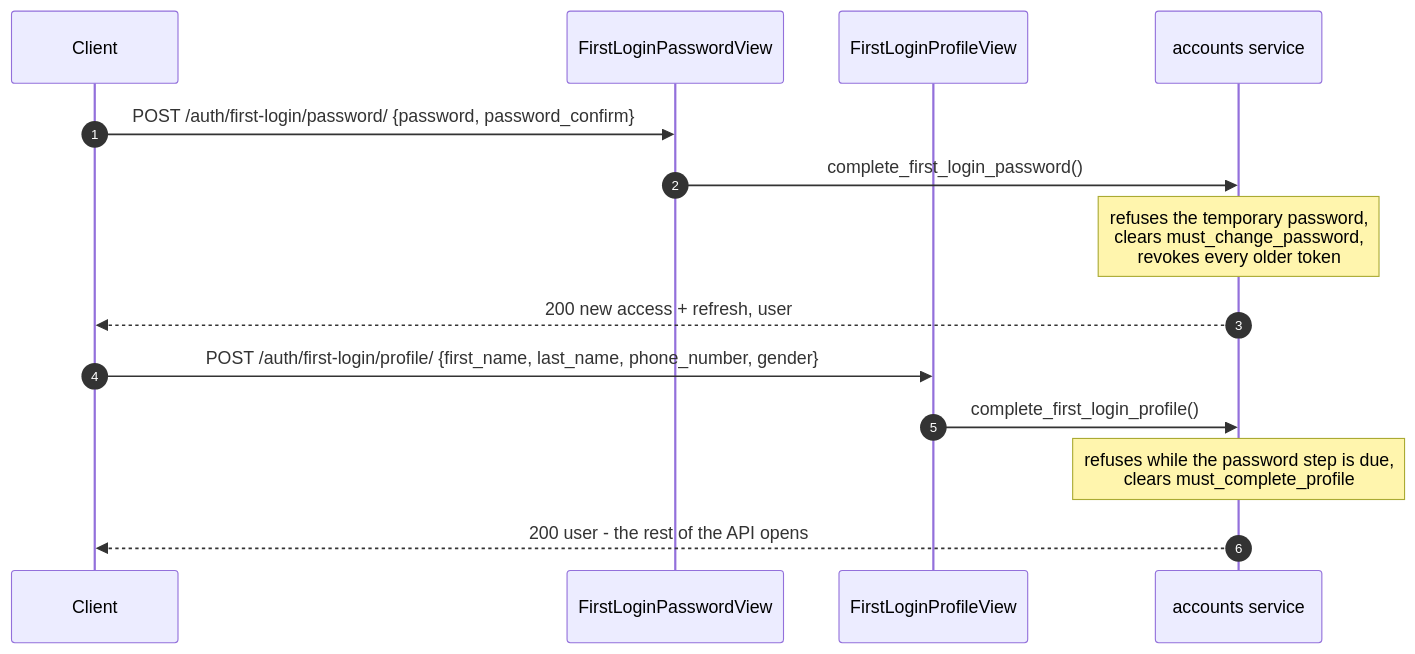
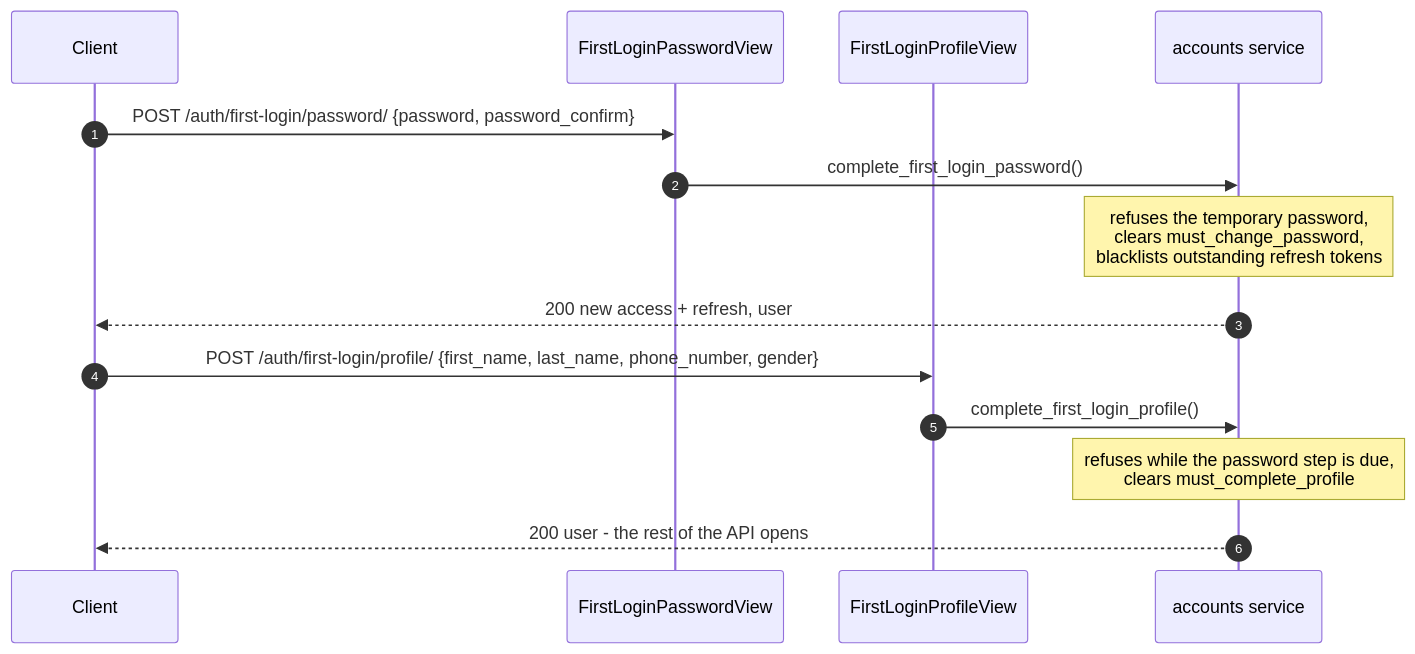
Before and after one commit to TGCTZ/TGC-SERVICE-BACKEND: the fourth of 8 diagrams in docs/diagrams/authentication.md, drawn with Mermaid. The commit also changed other lines of this file and 28 other files, not shown here.

````diff
--- a/docs/diagrams/authentication.md
+++ b/docs/diagrams/authentication.md
@@ -84,17 +84,17 @@
 ```mermaid
 sequenceDiagram
     autonumber
     participant C as Client
     participant P as FirstLoginPasswordView
     participant R as FirstLoginProfileView
     participant S as accounts service
 
     C->>P: POST /auth/first-login/password/ {password, password_confirm}
     P->>S: complete_first_login_password()
-    Note over S: refuses the temporary password,<br/>clears must_change_password,<br/>revokes every older token
+    Note over S: refuses the temporary password,<br/>clears must_change_password,<br/>blacklists outstanding refresh tokens
     S-->>C: 200 new access + refresh, user
     C->>R: POST /auth/first-login/profile/ {first_name, last_name, phone_number, gender}
     R->>S: complete_first_login_profile()
     Note over S: refuses while the password step is due,<br/>clears must_complete_profile
     S-->>C: 200 user - the rest of the API opens
 ```
````
